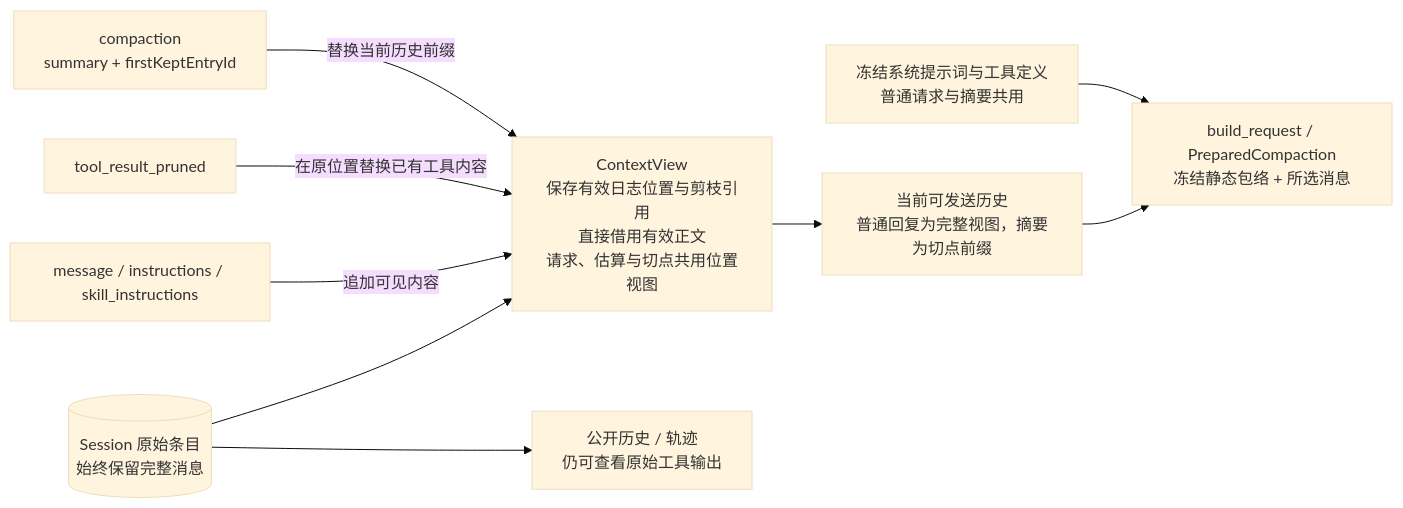
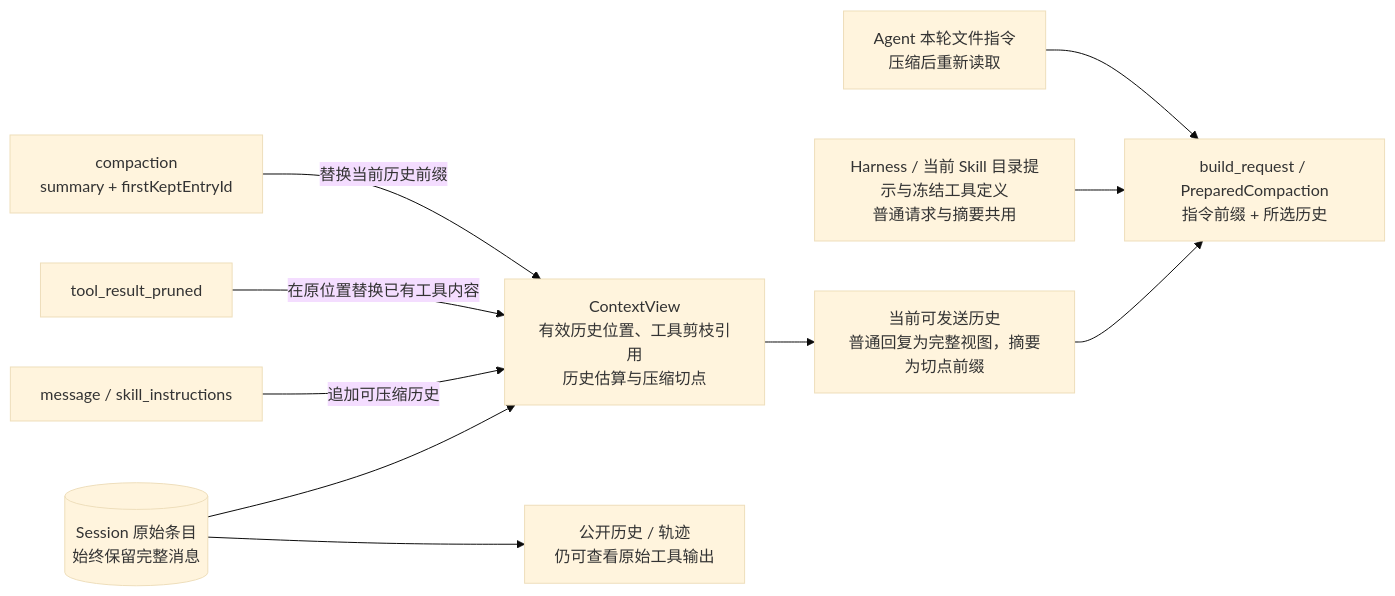
Diagram 22 of 29 in docs/architecture.md (qjcnmd/singularity-agent), drawn with Mermaid (base theme) before and after one commit. The commit also changed other lines of this file and 16 other files, not shown here.

Commit message:
Separate file instructions from persisted conversation history

````diff
--- a/docs/architecture.md
+++ b/docs/architecture.md
@@ -615,12 +617,13 @@
 ```mermaid
 flowchart LR
     Ledger[("Session 原始条目<br/>始终保留完整消息")]
-    Ledger --> Context["ContextView<br/>保存有效日志位置与剪枝引用<br/>直接借用有效正文<br/>请求、估算与切点共用位置视图"]
+    Ledger --> Context["ContextView<br/>有效历史位置、工具剪枝引用<br/>历史估算与压缩切点"]
     Ledger --> Public["公开历史 / 轨迹<br/>仍可查看原始工具输出"]
-    Message["message / instructions / skill_instructions"] -->|"追加可见内容"| Context
+    Message["message / skill_instructions"] -->|"追加可压缩历史"| Context
     Prune["tool_result_pruned"] -->|"在原位置替换已有工具内容"| Context
     Compact["compaction<br/>summary + firstKeptEntryId"] -->|"替换当前历史前缀"| Context
     Context --> History["当前可发送历史<br/>普通回复为完整视图，摘要为切点前缀"]
-    History --> Request["build_request / PreparedCompaction<br/>冻结静态包络 + 所选消息"]
-    System["冻结系统提示词与工具定义<br/>普通请求与摘要共用"] --> Request
+    History --> Request["build_request / PreparedCompaction<br/>指令前缀 + 所选历史"]
+    Developer["Harness / 当前 Skill 目录提示与冻结工具定义<br/>普通请求与摘要共用"] --> Request
+    Files["Agent 本轮文件指令<br/>压缩后重新读取"] --> Request
 ```
````
